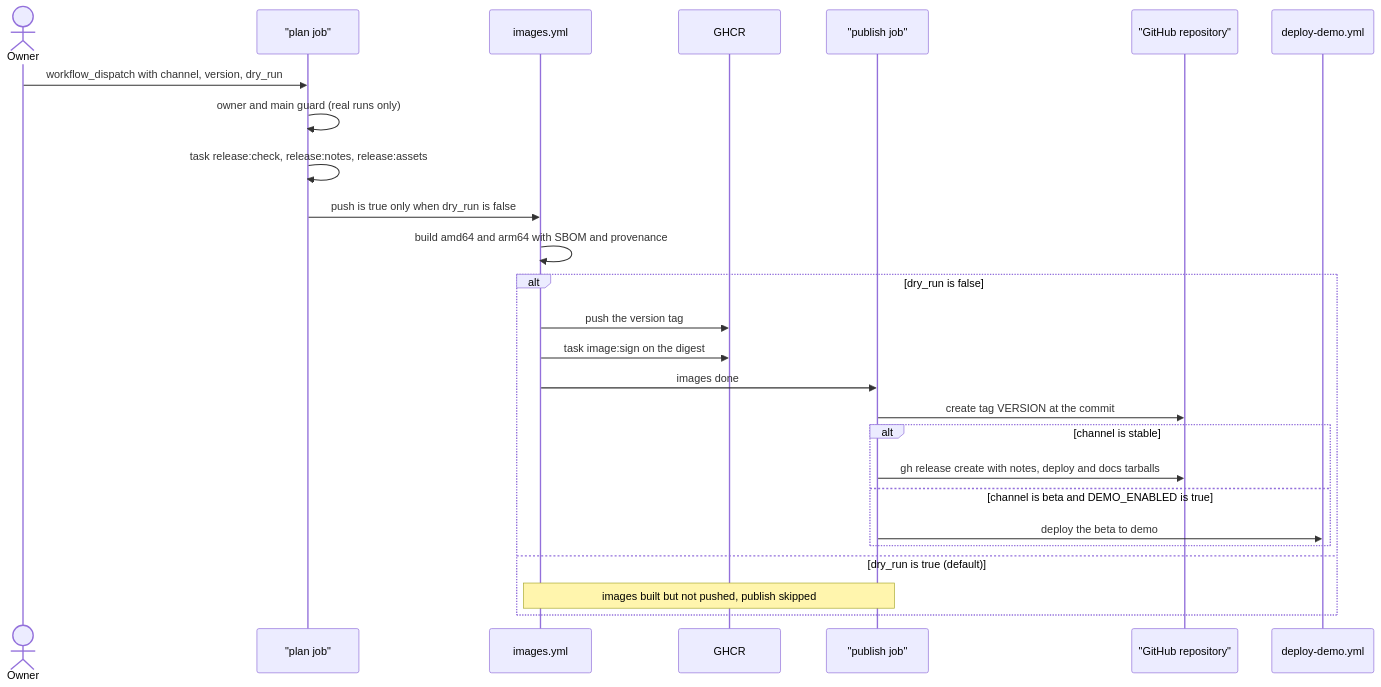
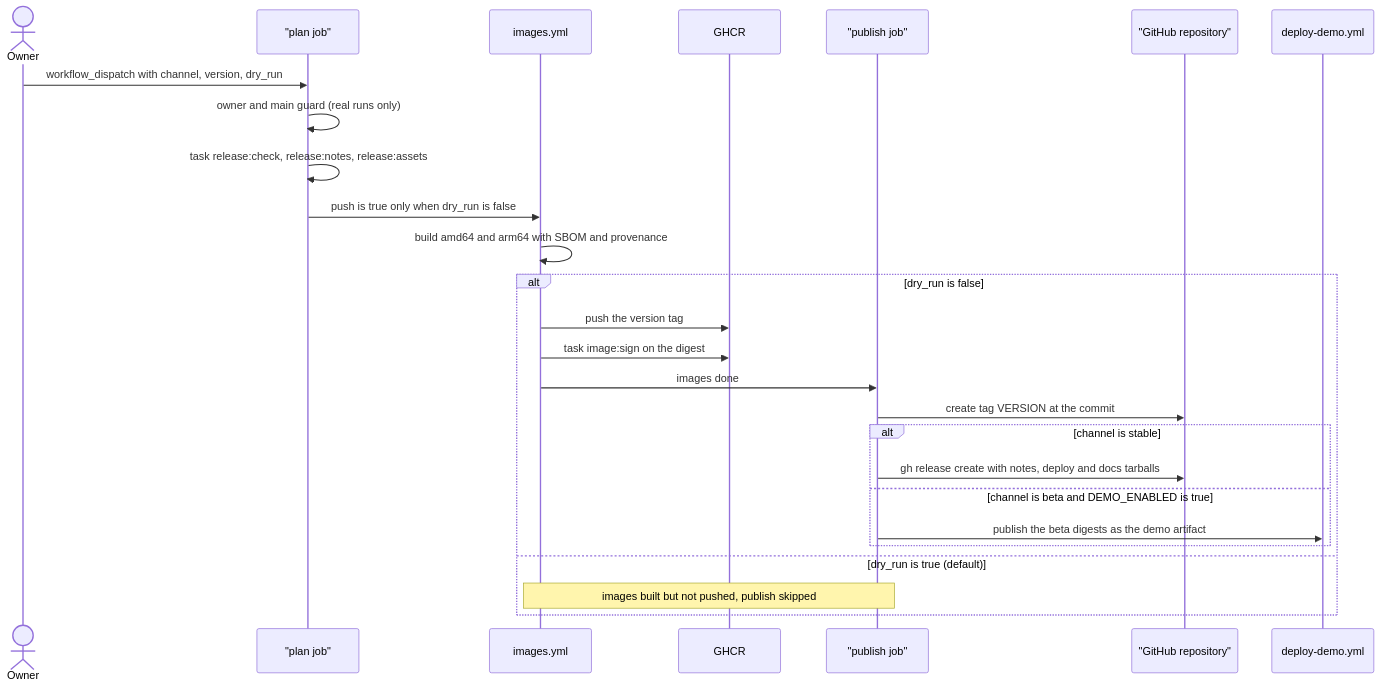
The fifth of 5 diagrams in docs/dev/pipeline.md (arkadiuss/openfief), drawn with Mermaid before and after one commit. The commit also changed other lines of this file and 3 other files, not shown here.

````diff
--- a/docs/dev/pipeline.md
+++ b/docs/dev/pipeline.md
@@ -172,28 +210,28 @@
 ```mermaid
 sequenceDiagram
   actor A as Owner
   participant P as "plan job"
   participant I as images.yml
   participant G as GHCR
   participant U as "publish job"
   participant H as "GitHub repository"
   participant D as deploy-demo.yml
   A->>P: workflow_dispatch with channel, version, dry_run
   P->>P: owner and main guard (real runs only)
   P->>P: task release:check, release:notes, release:assets
   P->>I: push is true only when dry_run is false
   I->>I: build amd64 and arm64 with SBOM and provenance
   alt dry_run is false
     I->>G: push the version tag
     I->>G: task image:sign on the digest
     I->>U: images done
     U->>H: create tag VERSION at the commit
     alt channel is stable
       U->>H: gh release create with notes, deploy and docs tarballs
     else channel is beta and DEMO_ENABLED is true
-      U->>D: deploy the beta to demo
+      U->>D: publish the beta digests as the demo artifact
     end
   else dry_run is true (default)
     Note over I,U: images built but not pushed, publish skipped
   end
 ```
````
